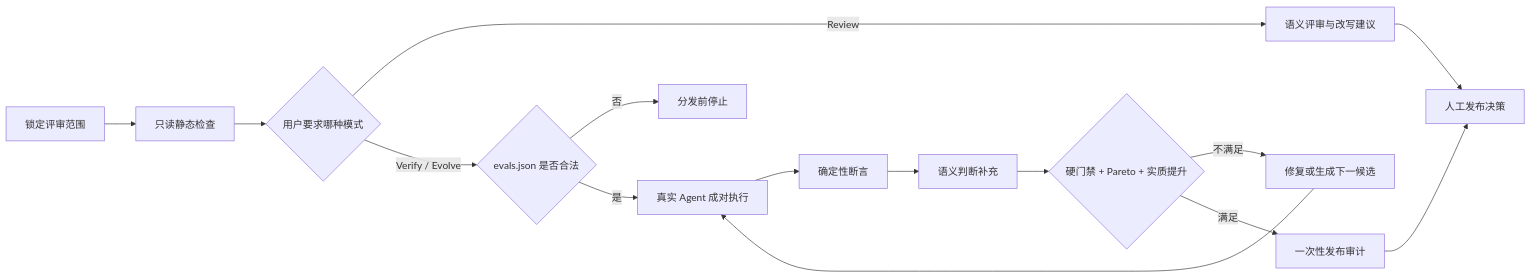
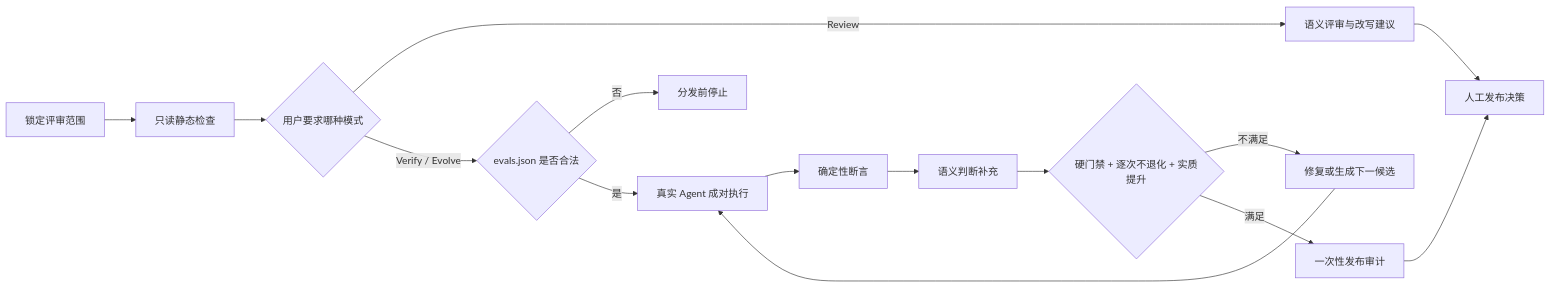
One commit to Nirvana-Jie/skill-reviewer changed the first of 2 diagrams in README.zh-CN.md. Above: the diagram before and after it, drawn with Mermaid. The commit also changed other lines of this file and 43 other files, not shown here.

````diff
--- a/README.zh-CN.md
+++ b/README.zh-CN.md
@@ -53,17 +53,17 @@
 ```mermaid
 flowchart LR
     A["锁定评审范围"] --> B["只读静态检查"]
     B --> C{"用户要求哪种模式"}
     C -- "Review" --> D["语义评审与改写建议"]
     C -- "Verify / Evolve" --> E{"evals.json 是否合法"}
     E -- "否" --> H["分发前停止"]
     E -- "是" --> F["真实 Agent 成对执行"]
     F --> G["确定性断言"]
     G --> M["语义判断补充"]
-    M --> I{"硬门禁 + Pareto + 实质提升"}
+    M --> I{"硬门禁 + 逐次不退化 + 实质提升"}
     I -- "不满足" --> J["修复或生成下一候选"]
     J --> F
     I -- "满足" --> K["一次性发布审计"]
     D --> L["人工发布决策"]
     K --> L
 ```
````
